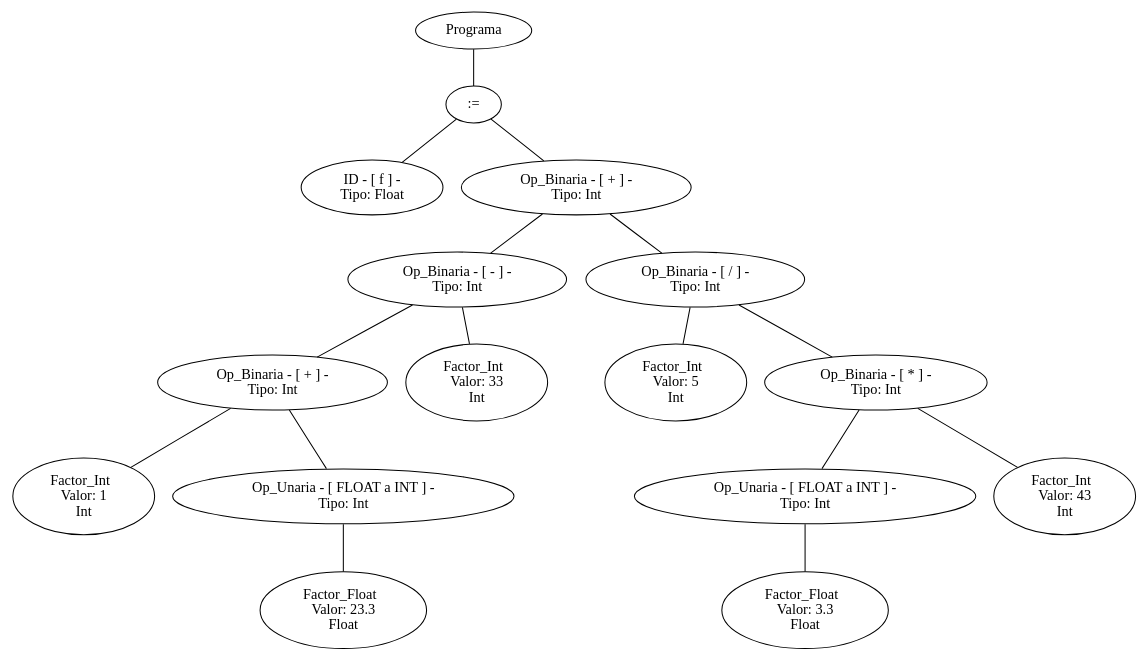
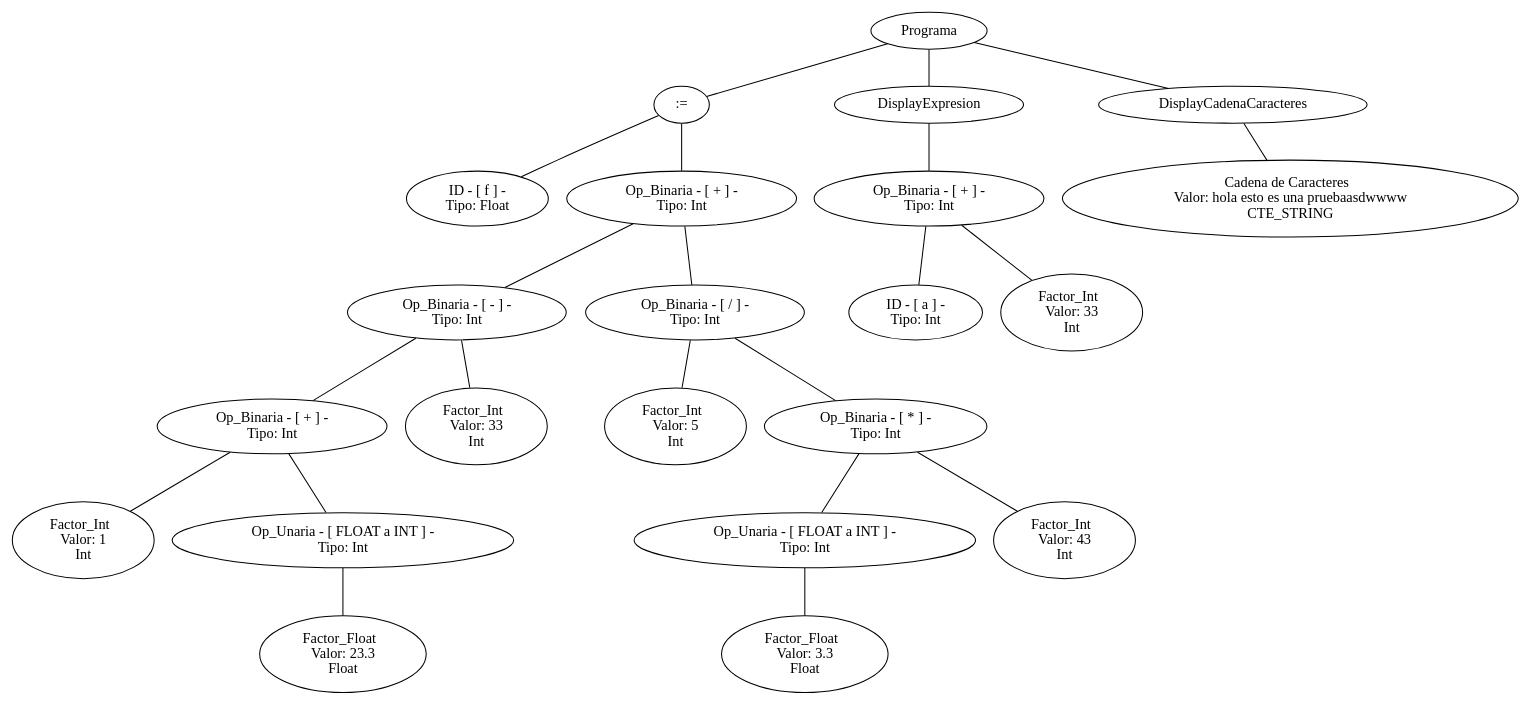
The diagram in arbol.dot (SantiPerez17/Compiladores), drawn with Graphviz before and after one commit. The commit also changed 119 other files, not shown here.

```diff
--- a/arbol.dot
+++ b/arbol.dot
@@ -1,52 +1,70 @@
 graph G {nodo_programa[label="Programa"]
-nodo_672469113[label=":="]
-nodo_programa--nodo_672469113
-nodo_840726430[label=" ID - [ f ] - 
+nodo_104256715[label=":="]
+nodo_programa--nodo_104256715
+nodo_1674979384[label=" ID - [ f ] - 
  Tipo: Float"]
-nodo_672469113--nodo_840726430
-nodo_47138098[label=" Op_Binaria - [ + ] - 
+nodo_104256715--nodo_1674979384
+nodo_2128132455[label=" Op_Binaria - [ + ] - 
  Tipo: Int"]
-nodo_672469113--nodo_47138098
-nodo_654562294[label=" Op_Binaria - [ - ] - 
+nodo_104256715--nodo_2128132455
+nodo_2015117408[label=" Op_Binaria - [ - ] - 
  Tipo: Int"]
-nodo_47138098--nodo_654562294
-nodo_1430676718[label=" Op_Binaria - [ + ] - 
+nodo_2128132455--nodo_2015117408
+nodo_1063537243[label=" Op_Binaria - [ + ] - 
  Tipo: Int"]
-nodo_654562294--nodo_1430676718
-nodo_524192918[label="Factor_Int  
+nodo_2015117408--nodo_1063537243
+nodo_1745994662[label="Factor_Int  
  Valor: 1 
 Int"]
-nodo_1430676718--nodo_524192918
-nodo_1250054714[label=" Op_Unaria - [ FLOAT a INT ] - 
+nodo_1063537243--nodo_1745994662
+nodo_1812971503[label=" Op_Unaria - [ FLOAT a INT ] - 
  Tipo: Int"]
-nodo_1430676718--nodo_1250054714
-nodo_757500261[label="Factor_Float  
+nodo_1063537243--nodo_1812971503
+nodo_206660276[label="Factor_Float  
  Valor: 23.3 
 Float"]
-nodo_1250054714--nodo_757500261
-nodo_696324478[label="Factor_Int  
+nodo_1812971503--nodo_206660276
+nodo_272548[label="Factor_Int  
  Valor: 33 
 Int"]
-nodo_654562294--nodo_696324478
-nodo_414702955[label=" Op_Binaria - [ / ] - 
+nodo_2015117408--nodo_272548
+nodo_1450867243[label=" Op_Binaria - [ / ] - 
  Tipo: Int"]
-nodo_47138098--nodo_414702955
-nodo_103300233[label="Factor_Int  
+nodo_2128132455--nodo_1450867243
+nodo_1501304527[label="Factor_Int  
  Valor: 5 
 Int"]
-nodo_414702955--nodo_103300233
-nodo_1597795953[label=" Op_Binaria - [ * ] - 
+nodo_1450867243--nodo_1501304527
+nodo_937911987[label=" Op_Binaria - [ * ] - 
  Tipo: Int"]
-nodo_414702955--nodo_1597795953
-nodo_1242826187[label=" Op_Unaria - [ FLOAT a INT ] - 
+nodo_1450867243--nodo_937911987
+nodo_1114565130[label=" Op_Unaria - [ FLOAT a INT ] - 
  Tipo: Int"]
-nodo_1597795953--nodo_1242826187
-nodo_1613711798[label="Factor_Float  
+nodo_937911987--nodo_1114565130
+nodo_1146595625[label="Factor_Float  
  Valor: 3.3 
 Float"]
-nodo_1242826187--nodo_1613711798
-nodo_1721343287[label="Factor_Int  
+nodo_1114565130--nodo_1146595625
+nodo_336698994[label="Factor_Int  
  Valor: 43 
 Int"]
-nodo_1597795953--nodo_1721343287
+nodo_937911987--nodo_336698994
+nodo_736679028[label="DisplayExpresion"]
+nodo_programa--nodo_736679028
+nodo_831400025[label=" Op_Binaria - [ + ] - 
+ Tipo: Int"]
+nodo_736679028--nodo_831400025
+nodo_1084299262[label=" ID - [ a ] - 
+ Tipo: Int"]
+nodo_831400025--nodo_1084299262
+nodo_2119402556[label="Factor_Int  
+ Valor: 33 
+Int"]
+nodo_831400025--nodo_2119402556
+nodo_2032293916[label="DisplayCadenaCaracteres"]
+nodo_programa--nodo_2032293916
+nodo_1206242749[label="Cadena de Caracteres  
+ Valor: hola esto es una pruebaasdwwww 
+CTE_STRING"]
+nodo_2032293916--nodo_1206242749
 }
```
